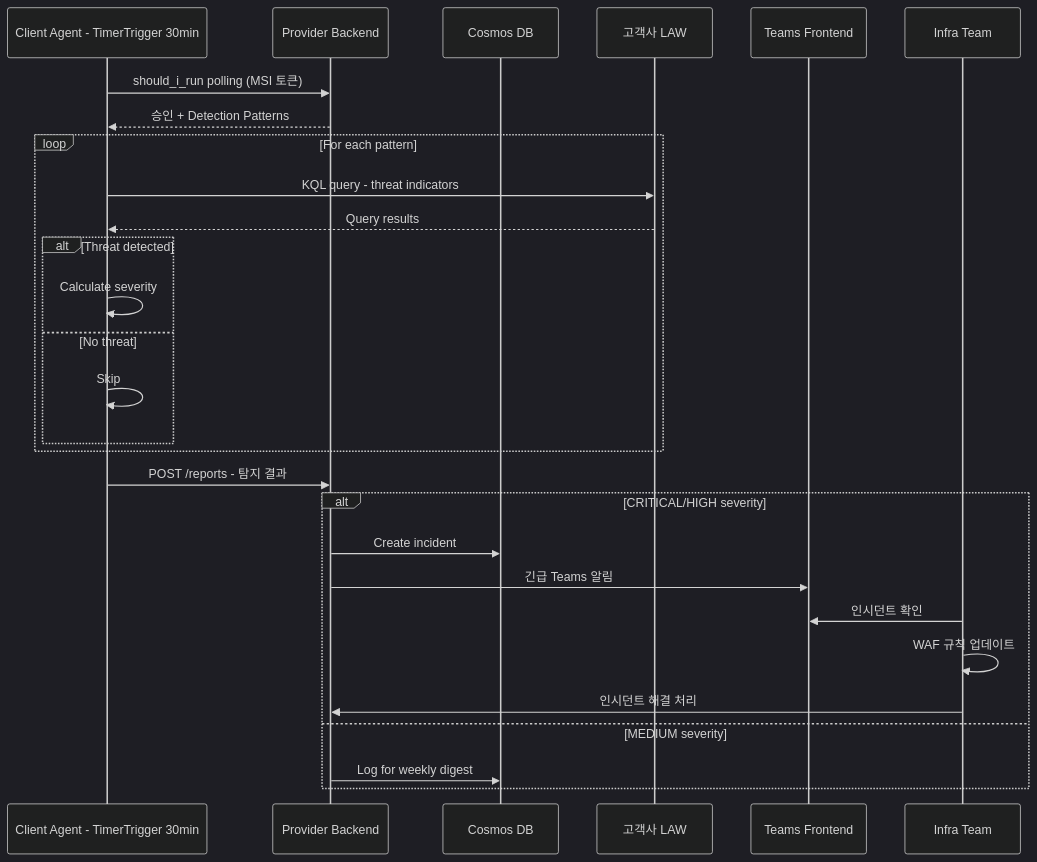
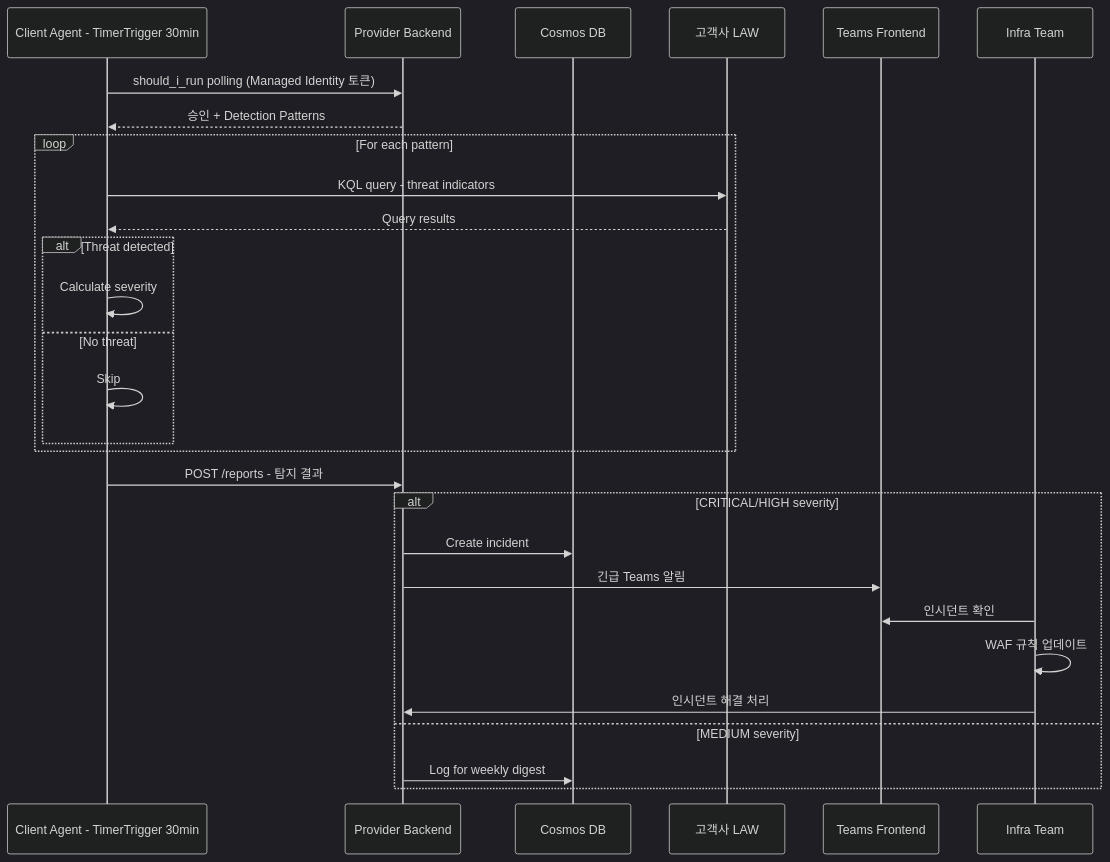
Before and after one commit to chjcmy/study: diagram 13 of 30 in azure/projects/log-doctor-plan.md, drawn with Mermaid (dark theme). The commit also changed other lines of this file and 2 other files, not shown here.

````diff
--- a/azure/projects/log-doctor-plan.md
+++ b/azure/projects/log-doctor-plan.md
@@ -538,35 +538,35 @@
 ```mermaid
 sequenceDiagram
     participant Agent as Client Agent - TimerTrigger 30min
     participant PB as Provider Backend
     participant DB as Cosmos DB
     participant LAW as 고객사 LAW
     participant Teams as Teams Frontend
     participant Infra as Infra Team
 
-    Agent->>PB: should_i_run polling (MSI 토큰)
+    Agent->>PB: should_i_run polling (Managed Identity 토큰)
     PB-->>Agent: 승인 + Detection Patterns
 
     loop For each pattern
         Agent->>LAW: KQL query - threat indicators
         LAW-->>Agent: Query results
 
         alt Threat detected
             Agent->>Agent: Calculate severity
         else No threat
             Agent->>Agent: Skip
         end
     end
 
     Agent->>PB: POST /reports - 탐지 결과
 
     alt CRITICAL/HIGH severity
         PB->>DB: Create incident
         PB->>Teams: 긴급 Teams 알림
         Infra->>Teams: 인시던트 확인
         Infra->>Infra: WAF 규칙 업데이트
         Infra->>PB: 인시던트 해결 처리
     else MEDIUM severity
         PB->>DB: Log for weekly digest
     end
 ```
````
